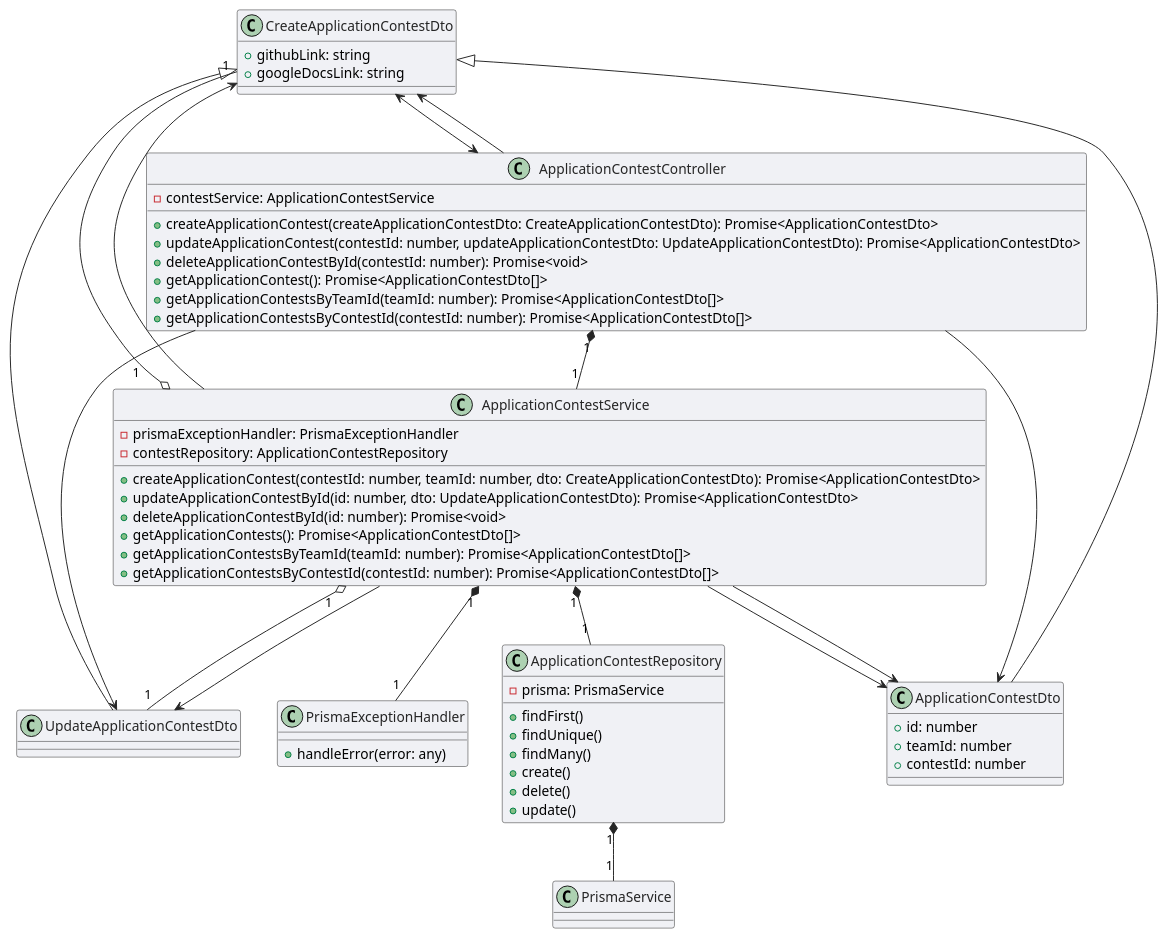
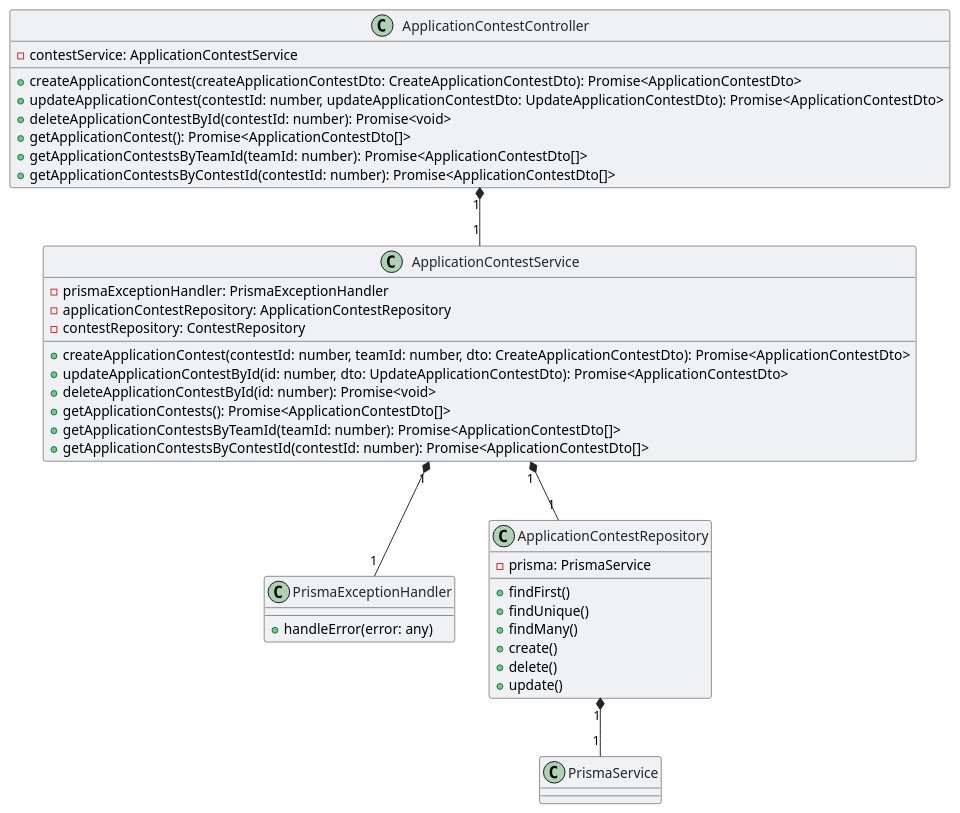
Before and after one commit to drDeepl/data-mining-lab-api-nest: the diagram in docs/diagrams/wsd/application_contests.wsd, drawn with PlantUML. The commit also changed 14 other files, not shown here.

Commit message:
updated diagrams

```diff
--- a/docs/diagrams/wsd/application_contests.wsd
+++ b/docs/diagrams/wsd/application_contests.wsd
@@ -1,81 +1,54 @@
 @startuml application_contest_module
 
 skinparam ArrowColor #252525
 skinparam ClassBackgroundColor #F0F1F5
 skinparam ClassBorderColor #252525
 skinparam ClassFontColor #252525
 
-
-class CreateApplicationContestDto {
-  + githubLink: string
-  + googleDocsLink: string
-}
-class UpdateApplicationContestDto extends CreateApplicationContestDto {
-  
-}
-
-class ApplicationContestDto extends CreateApplicationContestDto {
-  + id: number
-  + teamId: number
-  + contestId: number
-}
 
 class PrismaExceptionHandler {
   + handleError(error: any)
 }
 
 
 class ApplicationContestRepository {
   - prisma: PrismaService
   + findFirst()
   + findUnique()
   + findMany()
   + create()
   + delete()
   + update()
 }
 
 
 
 class ApplicationContestService {
   - prismaExceptionHandler: PrismaExceptionHandler
-  - contestRepository: ApplicationContestRepository
+  - applicationContestRepository: ApplicationContestRepository
+  - contestRepository: ContestRepository
   + createApplicationContest(contestId: number, teamId: number, dto: CreateApplicationContestDto): Promise<ApplicationContestDto>
   + updateApplicationContestById(id: number, dto: UpdateApplicationContestDto): Promise<ApplicationContestDto>
   + deleteApplicationContestById(id: number): Promise<void>
   + getApplicationContests(): Promise<ApplicationContestDto[]>
   + getApplicationContestsByTeamId(teamId: number): Promise<ApplicationContestDto[]>
   + getApplicationContestsByContestId(contestId: number): Promise<ApplicationContestDto[]>
+  
 }
 
 class ApplicationContestController {
 
   - contestService: ApplicationContestService
   + createApplicationContest(createApplicationContestDto: CreateApplicationContestDto): Promise<ApplicationContestDto>
   + updateApplicationContest(contestId: number, updateApplicationContestDto: UpdateApplicationContestDto): Promise<ApplicationContestDto>
   + deleteApplicationContestById(contestId: number): Promise<void>
   + getApplicationContest(): Promise<ApplicationContestDto[]>
   + getApplicationContestsByTeamId(teamId: number): Promise<ApplicationContestDto[]>
   + getApplicationContestsByContestId(contestId: number): Promise<ApplicationContestDto[]>
 }
 ApplicationContestRepository "1" *-- "1" PrismaService
 ApplicationContestService "1" *-- "1" ApplicationContestRepository
 ApplicationContestService "1" *-- "1" PrismaExceptionHandler
 ApplicationContestController "1" *-- "1" ApplicationContestService
 
-ApplicationContestController --> CreateApplicationContestDto
-ApplicationContestController --> UpdateApplicationContestDto
-ApplicationContestController --> ApplicationContestDto
-CreateApplicationContestDto <--> ApplicationContestController
-
-ApplicationContestService "1" o-- "1" CreateApplicationContestDto
-ApplicationContestService "1" o-- "1" UpdateApplicationContestDto
-ApplicationContestService --> ApplicationContestDto
-ApplicationContestService --> CreateApplicationContestDto
-ApplicationContestService --> UpdateApplicationContestDto
-ApplicationContestService --> ApplicationContestDto
-
-
-
-
 @enduml
```
